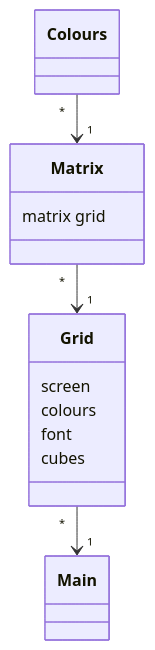
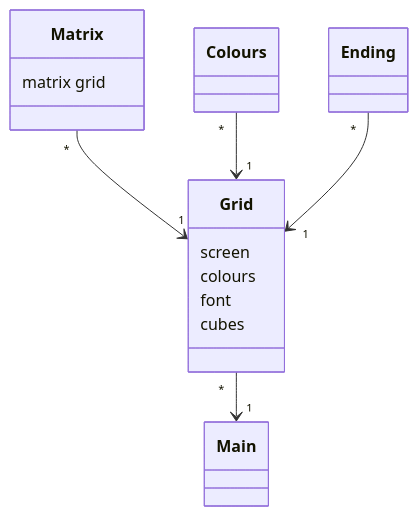
One commit to irismayigyu/ot-harjoitustyo changed the first of 2 diagrams in 2048-peli/dokumentaatio/arkkitehtuuri.md. Above: the diagram before and after it, drawn with Mermaid. The commit also changed 8 other files, not shown here.

````diff
--- a/2048-peli/dokumentaatio/arkkitehtuuri.md
+++ b/2048-peli/dokumentaatio/arkkitehtuuri.md
@@ -2,15 +2,16 @@
 ```mermaid
  classDiagram
       Matrix "*" --> "1" Grid
       Grid "*" --> "1" Main
-      Colours "*" --> "1" Matrix
+      Colours "*" --> "1" Grid
+      Ending "*" --> "1" Grid
       class Grid{
           screen
           colours
           font
           cubes
       }
       class Matrix{
           matrix grid
       }
 ```
````
